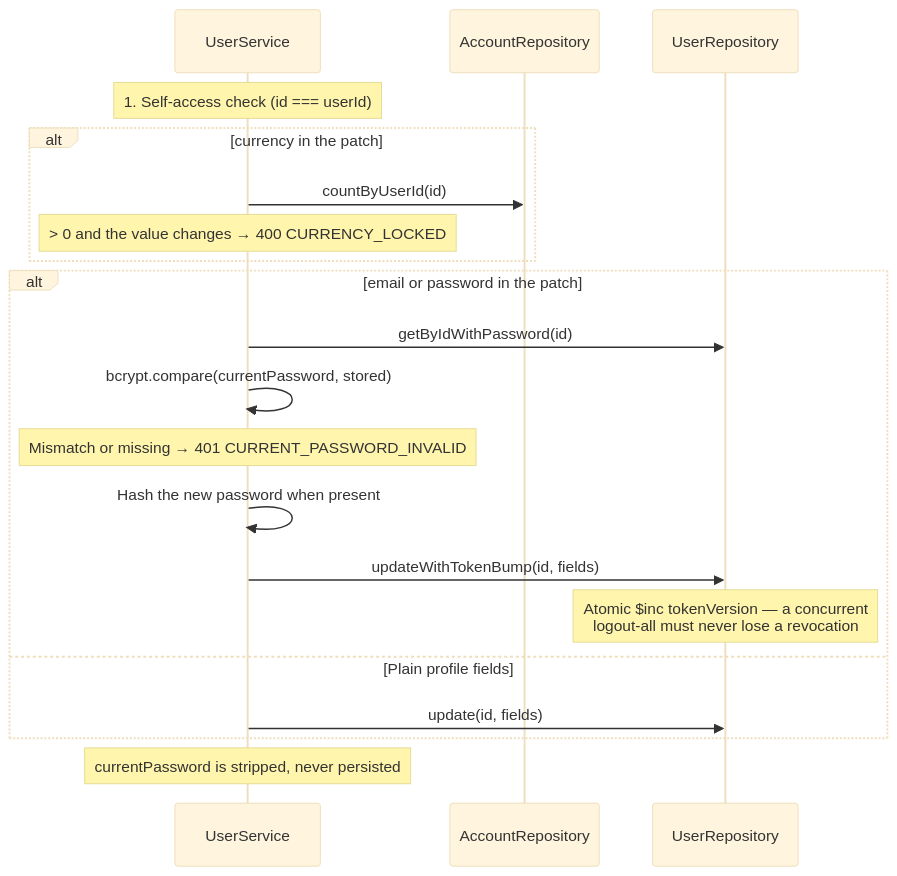
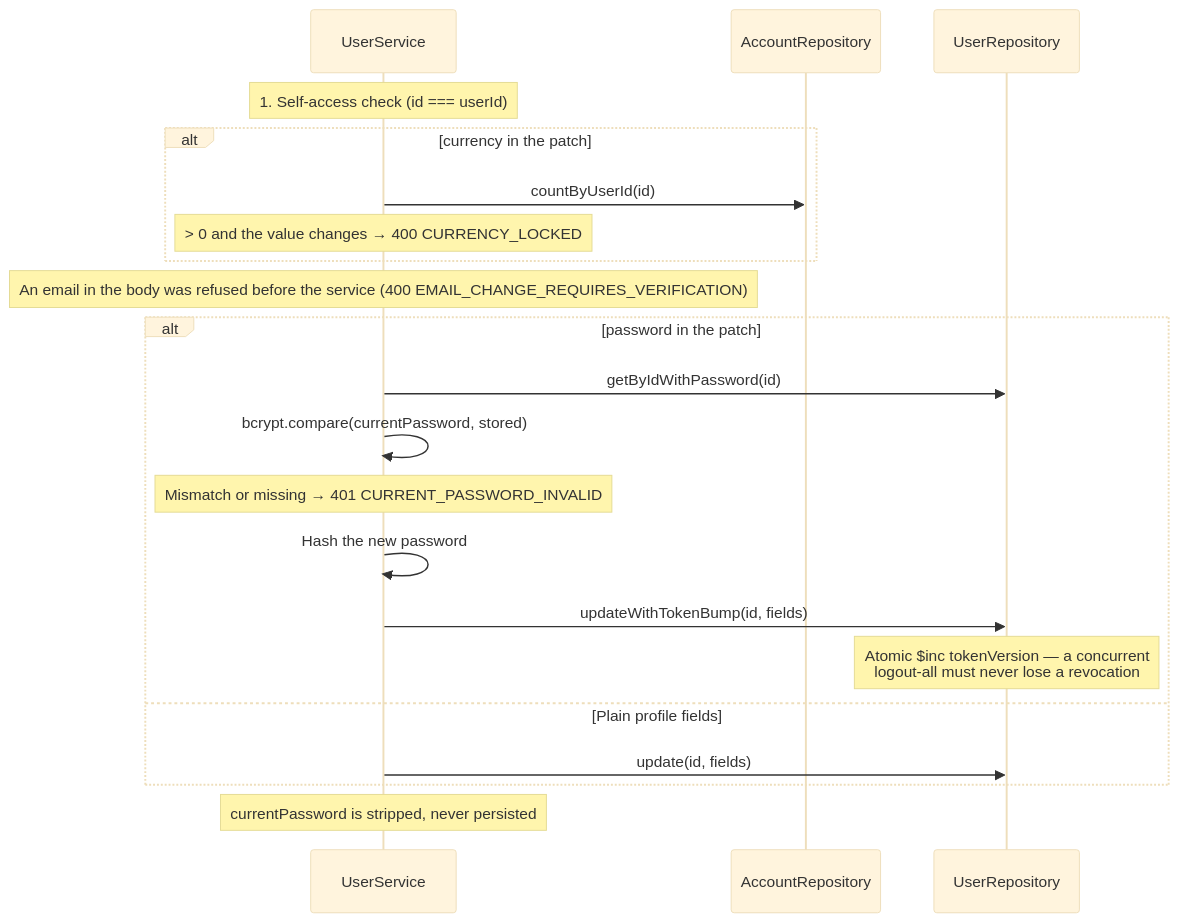
Before and after one commit to alex16jpv/lag-money-manager: the second of 2 diagrams in docs/modules/users.md, drawn with Mermaid (base theme). The commit also changed other lines of this file and 17 other files, not shown here.

````diff
--- a/docs/modules/users.md
+++ b/docs/modules/users.md
@@ -263,23 +262,24 @@
 ```mermaid
 sequenceDiagram
     participant SVC as UserService
     participant ACCT as AccountRepository
     participant REPO as UserRepository
 
     Note over SVC: 1. Self-access check (id === userId)
     alt currency in the patch
         SVC->>ACCT: countByUserId(id)
         Note over SVC: > 0 and the value changes → 400 CURRENCY_LOCKED
     end
-    alt email or password in the patch
+    Note over SVC: An email in the body was refused before the service (400 EMAIL_CHANGE_REQUIRES_VERIFICATION)
+    alt password in the patch
         SVC->>REPO: getByIdWithPassword(id)
         SVC->>SVC: bcrypt.compare(currentPassword, stored)
         Note over SVC: Mismatch or missing → 401 CURRENT_PASSWORD_INVALID
-        SVC->>SVC: Hash the new password when present
+        SVC->>SVC: Hash the new password
         SVC->>REPO: updateWithTokenBump(id, fields)
         Note over REPO: Atomic $inc tokenVersion — a concurrent<br/>logout-all must never lose a revocation
     else Plain profile fields
         SVC->>REPO: update(id, fields)
     end
     Note over SVC: currentPassword is stripped, never persisted
 ```
````
